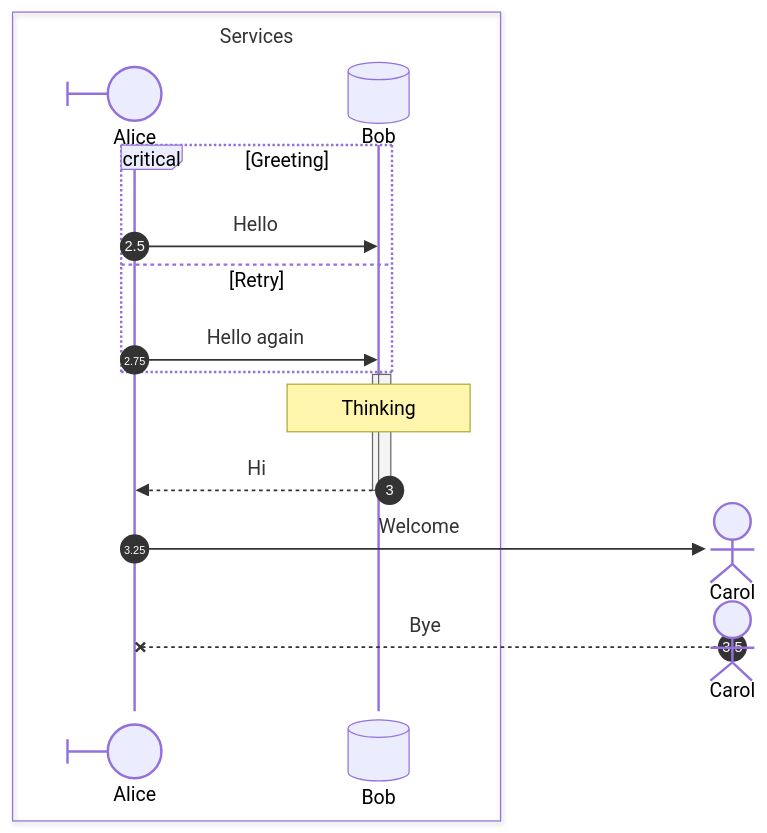
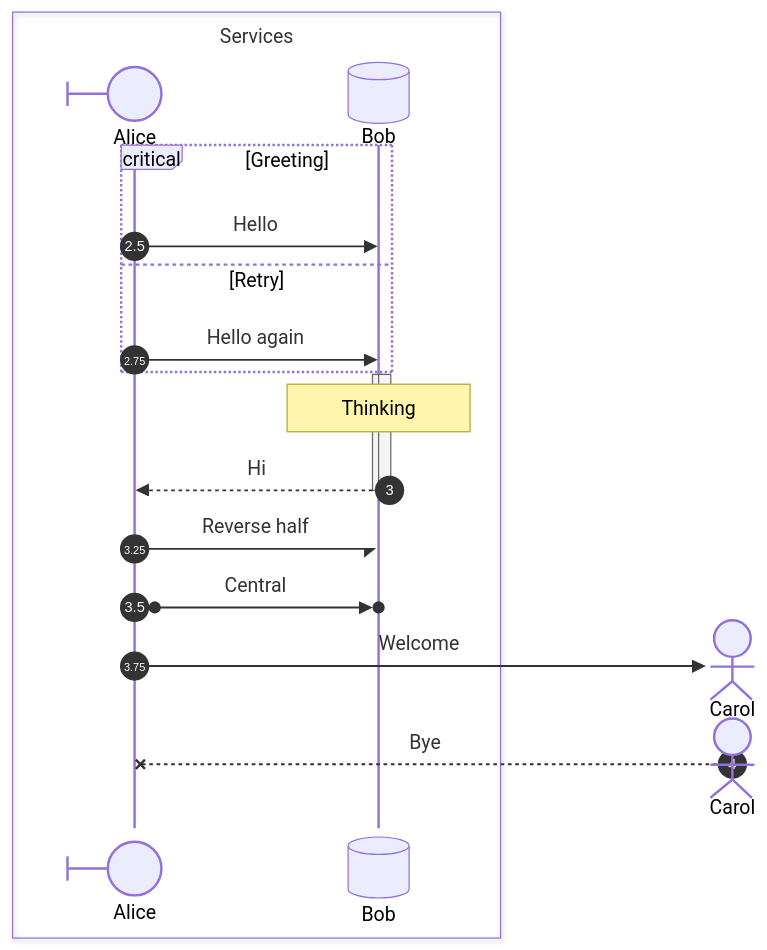
Before and after one commit to unexge/mdr: the second of 2 diagrams in bombadil/fixture.md, drawn with Mermaid. The commit also changed 5 other files, not shown here.

First line of the commit message:
feat: Add Mermaid half arrows and connections

````diff
--- a/bombadil/fixture.md
+++ b/bombadil/fixture.md
@@ -56,23 +56,25 @@
 ```mermaid
 sequenceDiagram
     box Services
         participant Alice@{ "type": "boundary" }
         participant Bob@{ "type": "database" }
     end
     autonumber 2.5 0.25
     critical Greeting
         Alice->>Bob: Hello
     option Retry
         Alice->>Bob: Hello again
     end
     activate Bob
     activate Bob
     Note over Bob: Thinking
     Bob-->>Alice: Hi
     deactivate Bob
     deactivate Bob
+    Bob/|-Alice: Reverse half
+    Alice()->>()Bob: Central
     create actor Carol
     Alice->>Carol: Welcome
     destroy Carol
     Carol--xAlice: Bye
 ```
````
